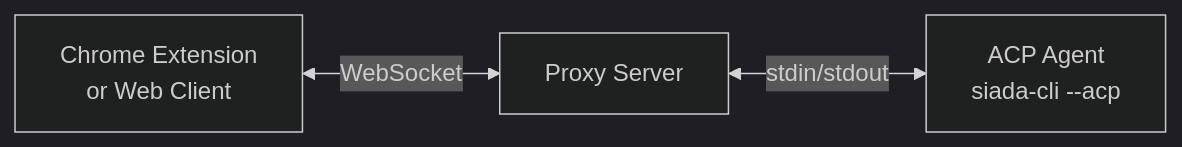
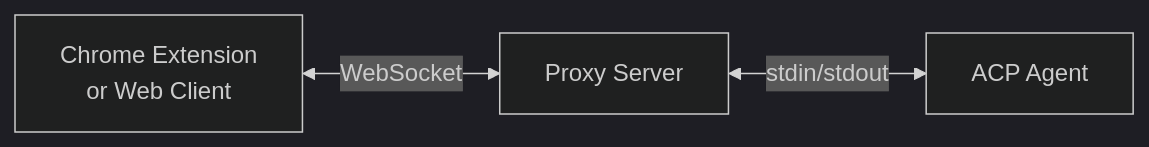
The diagram in chrome-acp/docs/docs/getting-started/introduction.md (liauto-siada/siada-cli), drawn with Mermaid (dark theme) before and after one commit. The commit also changed other lines of this file and 952 other files, not shown here.

````diff
--- a/chrome-acp/docs/docs/getting-started/introduction.md
+++ b/chrome-acp/docs/docs/getting-started/introduction.md
@@ -49,5 +40,5 @@
 ```mermaid
 graph LR
     A[Chrome Extension<br/>or Web Client] <-->|WebSocket| B[Proxy Server]
-    B <-->|stdin/stdout| C[ACP Agent<br/>siada-cli --acp]
+    B <-->|stdin/stdout| C[ACP Agent]
 ```
````
